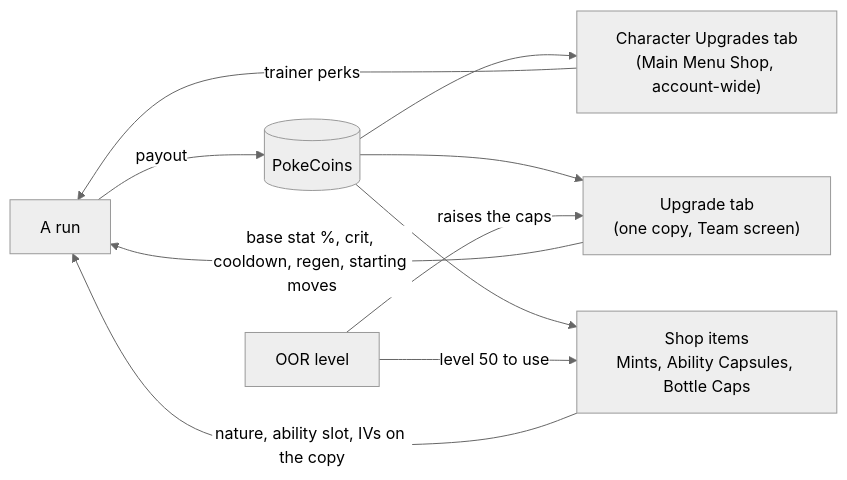
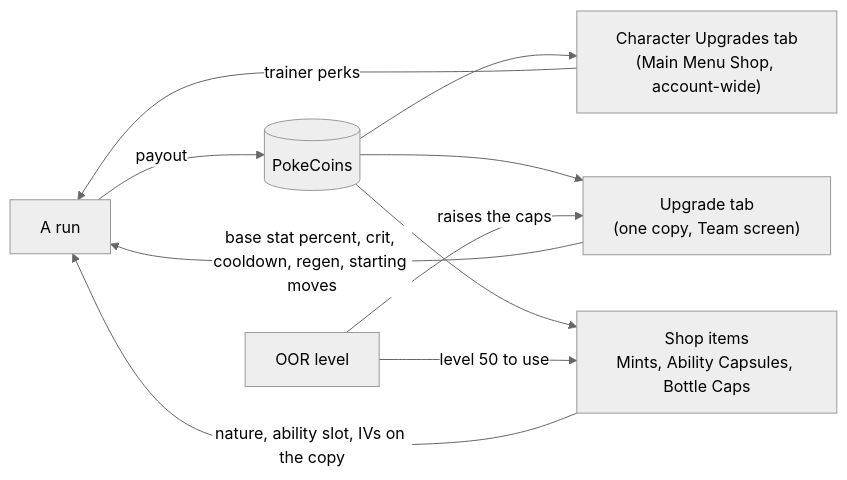
The first of 2 diagrams in docs/AI Outputs/Issue-97/97 - Upgrade System Design.md (Jess-Rivera/pokesurvivor_fork), drawn with Mermaid (neutral theme) before and after one commit. The commit also changed other lines of this file and 3 other files, not shown here.

Commit message:
Session end: #97 numbers drafted, #166 opened, Mermaid fix, STATE and TODO rewritten

````diff
--- a/docs/AI Outputs/Issue-97/97 - Upgrade System Design.md
+++ b/docs/AI Outputs/Issue-97/97 - Upgrade System Design.md
@@ -9,12 +9,12 @@
 ```mermaid
 flowchart LR
   Run[A run] -->|payout| Coins[(PokeCoins)]
   Coins --> Char["Character Upgrades tab<br/>(Main Menu Shop, account-wide)"]
   Coins --> Copy["Upgrade tab<br/>(one copy, Team screen)"]
   Coins --> Items["Shop items<br/>Mints, Ability Capsules, Bottle Caps"]
   Candy[OOR level] -->|raises the caps| Copy
   Candy -->|level 50 to use| Items
-  Copy -->|base stat %, crit, cooldown, regen, starting moves| Run
+  Copy -->|"base stat percent, crit, cooldown, regen, starting moves"| Run
   Char -->|trainer perks| Run
   Items -->|nature, ability slot, IVs on the copy| Run
 ```
````
